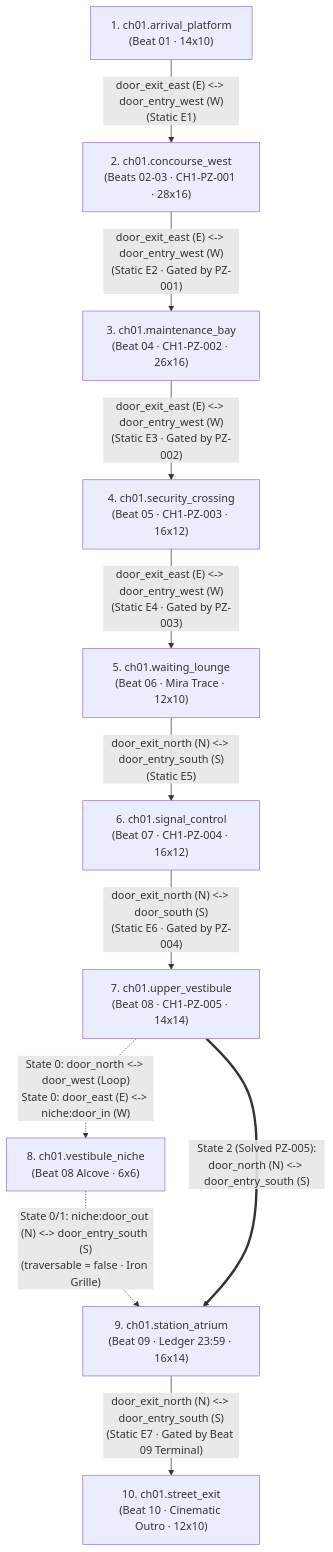
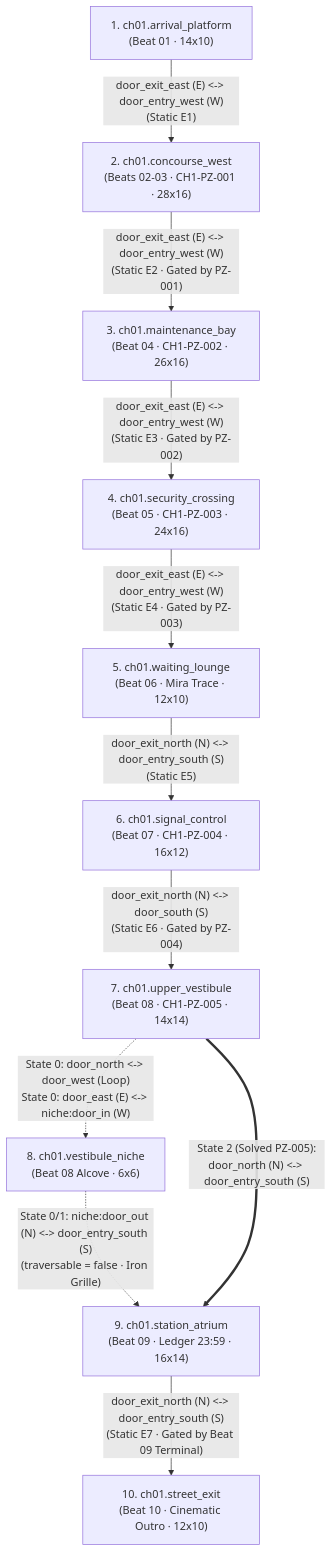
Before and after one commit to Zeeynrs/the-last-frame: the diagram in design/ch01/ROOM_GRAPH.md, drawn with Mermaid. The commit also changed other lines of this file and 16 other files, not shown here.

First line of the commit message:
feat(TLF-086): rebuild security_crossing to v2 layout with room probe suite and handoff

````diff
--- a/design/ch01/ROOM_GRAPH.md
+++ b/design/ch01/ROOM_GRAPH.md
@@ -50,26 +50,26 @@
 ```mermaid
 flowchart TD
     R1["1. ch01.arrival_platform<br/>(Beat 01 · 14x10)"]
     R2["2. ch01.concourse_west<br/>(Beats 02-03 · CH1-PZ-001 · 28x16)"]
     R3["3. ch01.maintenance_bay<br/>(Beat 04 · CH1-PZ-002 · 26x16)"]
-    R4["4. ch01.security_crossing<br/>(Beat 05 · CH1-PZ-003 · 16x12)"]
+    R4["4. ch01.security_crossing<br/>(Beat 05 · CH1-PZ-003 · 24x16)"]
     R5["5. ch01.waiting_lounge<br/>(Beat 06 · Mira Trace · 12x10)"]
     R6["6. ch01.signal_control<br/>(Beat 07 · CH1-PZ-004 · 16x12)"]
     R7["7. ch01.upper_vestibule<br/>(Beat 08 · CH1-PZ-005 · 14x14)"]
     R8["8. ch01.vestibule_niche<br/>(Beat 08 Alcove · 6x6)"]
     R9["9. ch01.station_atrium<br/>(Beat 09 · Ledger 23:59 · 16x14)"]
     R10["10. ch01.street_exit<br/>(Beat 10 · Cinematic Outro · 12x10)"]
 
     R1 -- "door_exit_east (E) <-> door_entry_west (W)<br/>(Static E1)" --> R2
     R2 -- "door_exit_east (E) <-> door_entry_west (W)<br/>(Static E2 · Gated by PZ-001)" --> R3
     R3 -- "door_exit_east (E) <-> door_entry_west (W)<br/>(Static E3 · Gated by PZ-002)" --> R4
     R4 -- "door_exit_east (E) <-> door_entry_west (W)<br/>(Static E4 · Gated by PZ-003)" --> R5
     R5 -- "door_exit_north (N) <-> door_entry_south (S)<br/>(Static E5)" --> R6
     R6 -- "door_exit_north (N) <-> door_south (S)<br/>(Static E6 · Gated by PZ-004)" --> R7
 
     R7 -. "State 0: door_north <-> door_west (Loop)<br/>State 0: door_east (E) <-> niche:door_in (W)" .-> R8
     R8 -. "State 0/1: niche:door_out (N) <-> door_entry_south (S)<br/>(traversable = false · Iron Grille)" .-> R9
     R7 == "State 2 (Solved PZ-005):<br/>door_north (N) <-> door_entry_south (S)" ==> R9
 
     R9 -- "door_exit_north (N) <-> door_entry_south (S)<br/>(Static E7 · Gated by Beat 09 Terminal)" --> R10
 ```
````
